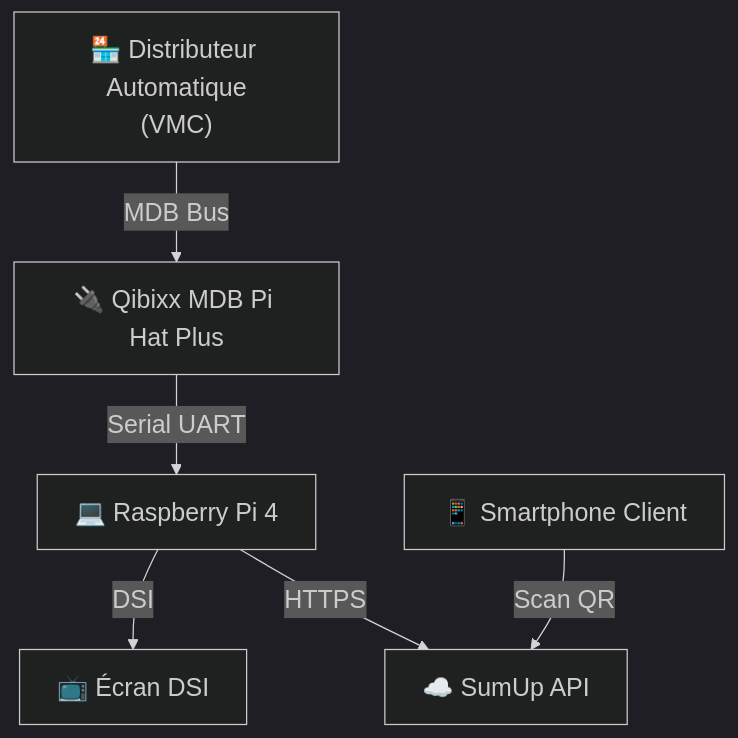
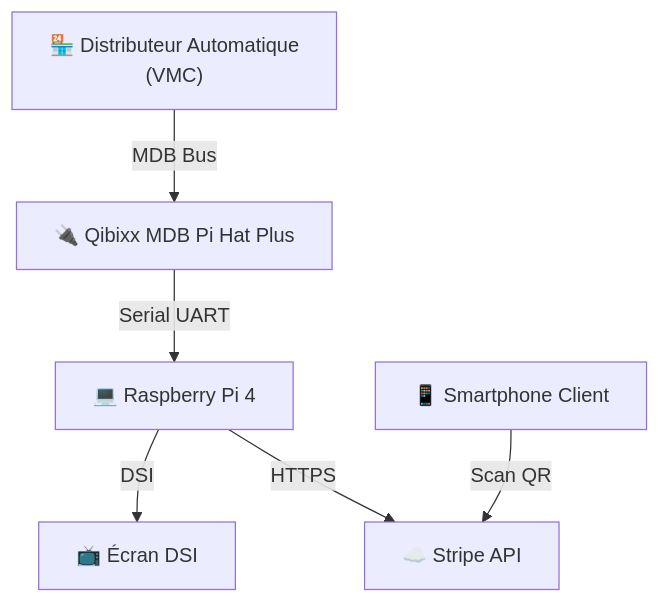
One commit to jiroscripts/sumup-mdb-qibixx changed the first of 3 diagrams in docs/architecture.md. Above: the diagram before and after it, drawn with Mermaid. The commit also changed other lines of this file and 11 other files, not shown here.

````diff
--- a/docs/architecture.md
+++ b/docs/architecture.md
@@ -32,16 +32,15 @@
 ```mermaid
-%%{init: {'theme':'dark', 'themeVariables': { 'fontSize':'20px'}}}%%
 graph TB
     VMC["🏪 Distributeur Automatique<br/>(VMC)"]
     Qibixx["🔌 Qibixx MDB Pi Hat Plus"]
     RPi["💻 Raspberry Pi 4"]
     Screen["📺 Écran DSI"]
-    SumUpAPI["☁️ SumUp API"]
+    StripeAPI["☁️ Stripe API"]
     UserPhone["📱 Smartphone Client"]
 
     VMC -->|MDB Bus| Qibixx
     Qibixx -->|Serial UART| RPi
     RPi -->|DSI| Screen
-    RPi -->|HTTPS| SumUpAPI
-    UserPhone -->|Scan QR| SumUpAPI
+    RPi -->|HTTPS| StripeAPI
+    UserPhone -->|Scan QR| StripeAPI
 ```
````
